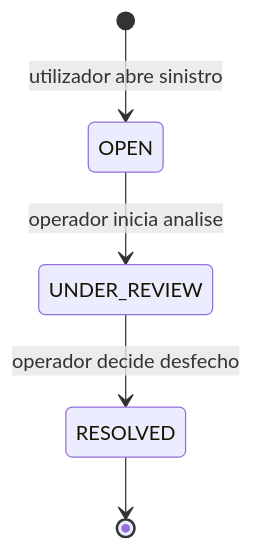
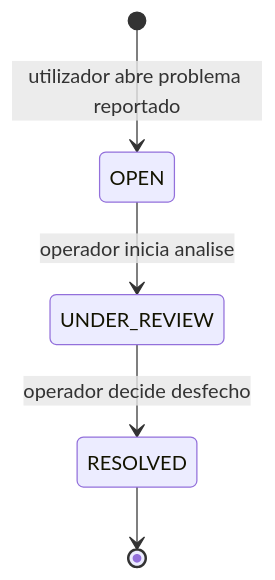
Diagram 12 of 15 in docs/APP_FLOWCHART.md (parcidio/Kubiko), drawn with Mermaid before and after one commit. The commit also changed other lines of this file and 10 other files, not shown here.

````diff
--- a/docs/APP_FLOWCHART.md
+++ b/docs/APP_FLOWCHART.md
@@ -167,7 +249,7 @@
 ```mermaid
 stateDiagram-v2
-    [*] --> OPEN: utilizador abre sinistro
+    [*] --> OPEN: utilizador abre problema reportado
     OPEN --> UNDER_REVIEW: operador inicia analise
     UNDER_REVIEW --> RESOLVED: operador decide desfecho
     RESOLVED --> [*]
 ```
````
